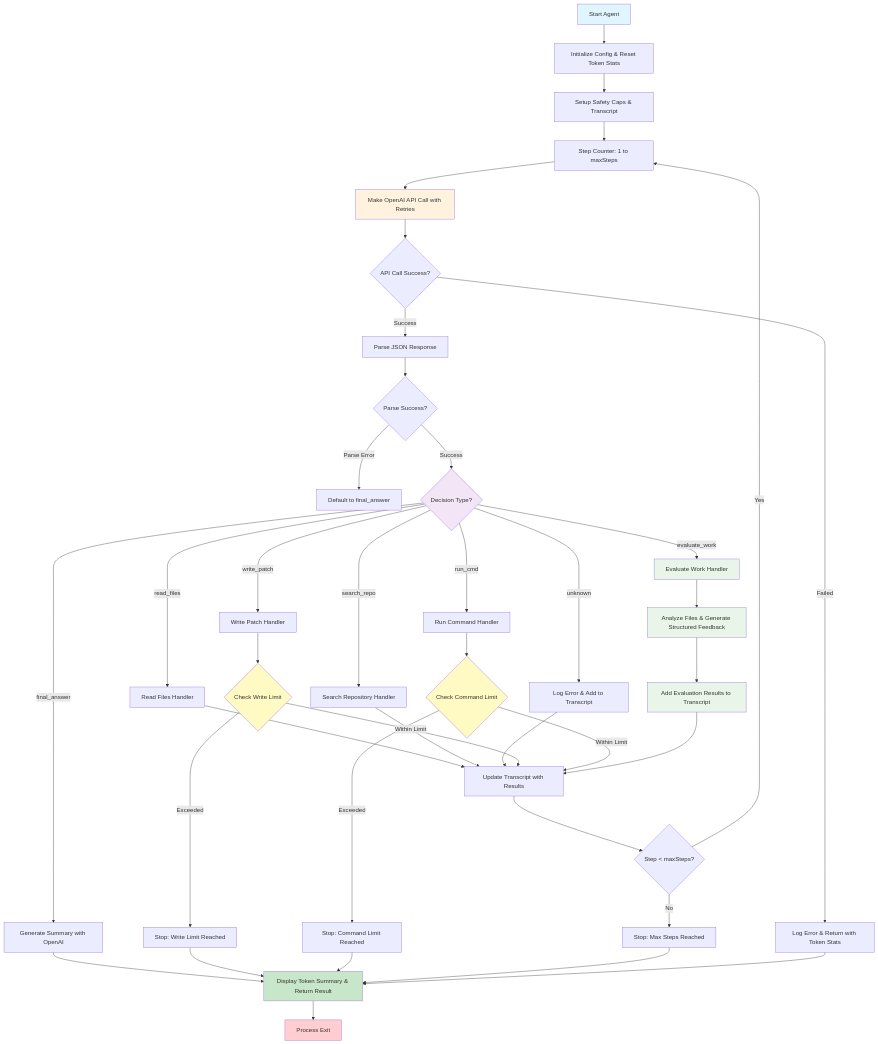
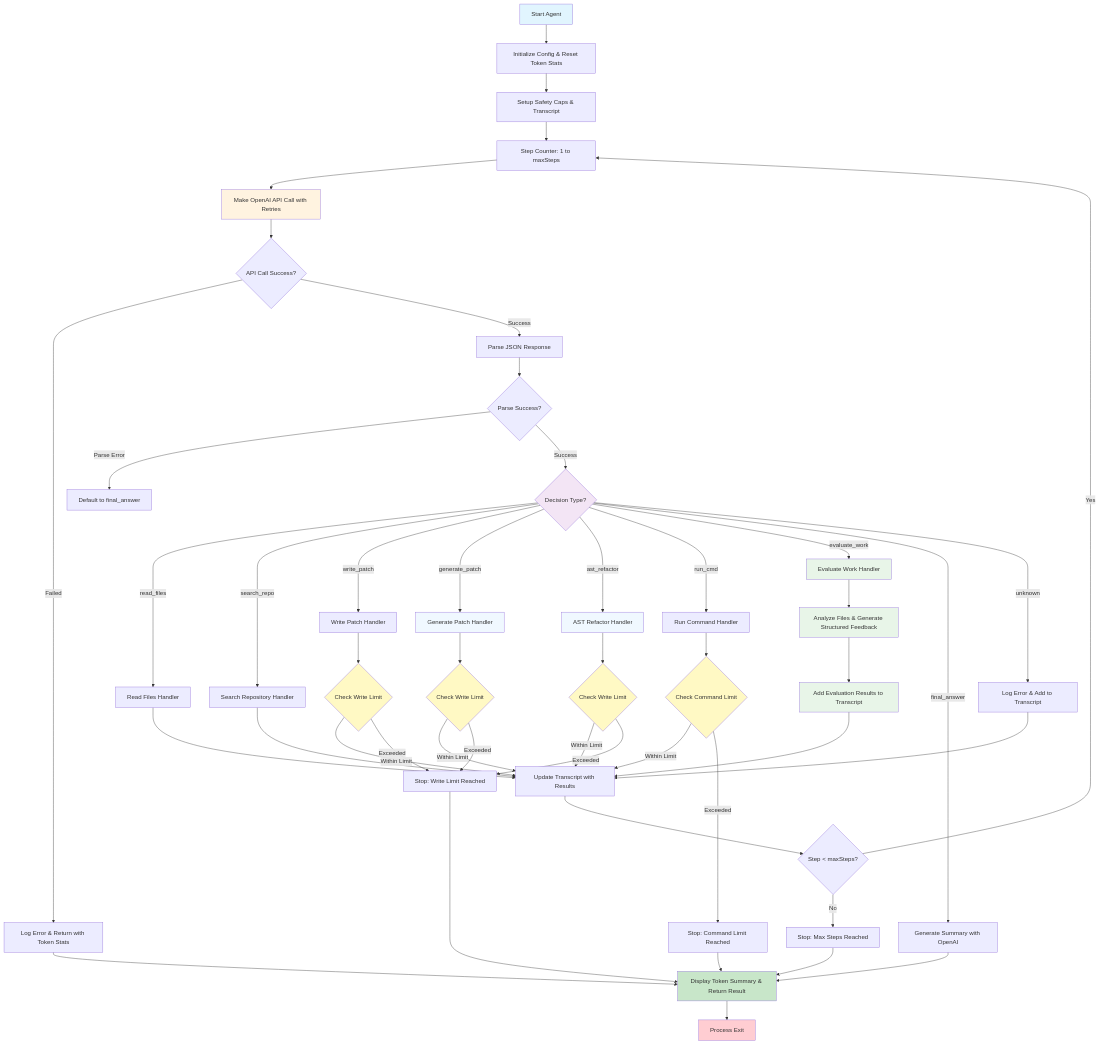
Before and after one commit to devhelpr/agent-loop: the second of 6 diagrams in readme.md, drawn with Mermaid. The commit also changed other lines of this file and 13 other files, not shown here.

First line of the commit message:
Add AST-based refactoring and patch generation features

````diff
--- a/readme.md
+++ b/readme.md
@@ -49,60 +78,72 @@
 ```mermaid
 flowchart TD
     A[Start Agent] --> B[Initialize Config & Reset Token Stats]
     B --> C[Setup Safety Caps & Transcript]
     C --> D[Step Counter: 1 to maxSteps]
     D --> E[Make OpenAI API Call with Retries]
     
     E --> F{API Call Success?}
     F -->|Failed| G[Log Error & Return with Token Stats]
     F -->|Success| H[Parse JSON Response]
     
     H --> I{Parse Success?}
     I -->|Parse Error| J[Default to final_answer]
     I -->|Success| K{Decision Type?}
     
     K -->|read_files| L[Read Files Handler]
     K -->|search_repo| M[Search Repository Handler]
     K -->|write_patch| N[Write Patch Handler]
-    K -->|run_cmd| O[Run Command Handler]
-    K -->|evaluate_work| P[Evaluate Work Handler]
-    K -->|final_answer| Q[Generate Summary with OpenAI]
-    K -->|unknown| R[Log Error & Add to Transcript]
+    K -->|generate_patch| O[Generate Patch Handler]
+    K -->|ast_refactor| P[AST Refactor Handler]
+    K -->|run_cmd| Q[Run Command Handler]
+    K -->|evaluate_work| R[Evaluate Work Handler]
+    K -->|final_answer| S[Generate Summary with OpenAI]
+    K -->|unknown| T[Log Error & Add to Transcript]
     
-    L --> S[Update Transcript with Results]
-    M --> S
-    N --> T{Check Write Limit}
-    O --> U{Check Command Limit}
-    P --> V[Analyze Files & Generate Structured Feedback]
-    R --> S
+    L --> U[Update Transcript with Results]
+    M --> U
+    N --> V{Check Write Limit}
+    O --> W{Check Write Limit}
+    P --> X{Check Write Limit}
+    Q --> Y{Check Command Limit}
+    R --> Z[Analyze Files & Generate Structured Feedback]
+    T --> U
     
-    T -->|Within Limit| S
-    T -->|Exceeded| W[Stop: Write Limit Reached]
-    U -->|Within Limit| S
-    U -->|Exceeded| X[Stop: Command Limit Reached]
+    V -->|Within Limit| U
+    V -->|Exceeded| AA[Stop: Write Limit Reached]
+    W -->|Within Limit| U
+    W -->|Exceeded| AA
+    X -->|Within Limit| U
+    X -->|Exceeded| AA
+    Y -->|Within Limit| U
+    Y -->|Exceeded| BB[Stop: Command Limit Reached]
     
-    V --> Y[Add Evaluation Results to Transcript]
-    Y --> S
+    Z --> CC[Add Evaluation Results to Transcript]
+    CC --> U
     
-    S --> Z{Step < maxSteps?}
-    Z -->|Yes| D
-    Z -->|No| AA[Stop: Max Steps Reached]
+    U --> DD{Step < maxSteps?}
+    DD -->|Yes| D
+    DD -->|No| EE[Stop: Max Steps Reached]
     
-    Q --> BB[Display Token Summary & Return Result]
-    W --> BB
-    X --> BB
-    AA --> BB
-    G --> BB
-    BB --> CC[Process Exit]
+    S --> FF[Display Token Summary & Return Result]
+    AA --> FF
+    BB --> FF
+    EE --> FF
+    G --> FF
+    FF --> GG[Process Exit]
     
     style A fill:#e1f5fe
-    style BB fill:#c8e6c9
-    style CC fill:#ffcdd2
+    style FF fill:#c8e6c9
+    style GG fill:#ffcdd2
     style E fill:#fff3e0
     style K fill:#f3e5f5
-    style P fill:#e8f5e8
-    style V fill:#e8f5e8
-    style Y fill:#e8f5e8
-    style T fill:#fff9c4
-    style U fill:#fff9c4
+    style R fill:#e8f5e8
+    style Z fill:#e8f5e8
+    style CC fill:#e8f5e8
+    style V fill:#fff9c4
+    style W fill:#fff9c4
+    style X fill:#fff9c4
+    style Y fill:#fff9c4
+    style O fill:#f0f8ff
+    style P fill:#f0f8ff
 ```
````
